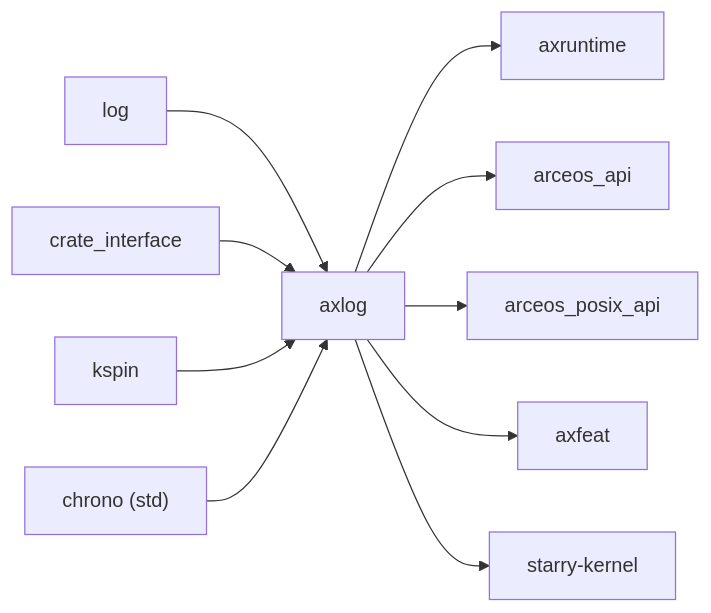
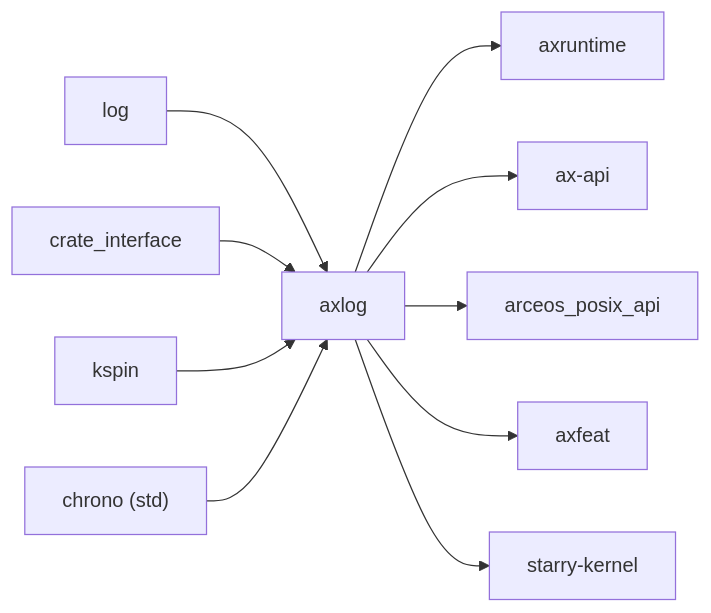
One commit to zKurisu/tgoskits changed the second of 2 diagrams in docs/crates/axlog.md. Above: the diagram before and after it, drawn with Mermaid. The commit also changed other lines of this file and 61 other files, not shown here.

Commit message:
rename arceos_api to ax-api

````diff
--- a/docs/crates/axlog.md
+++ b/docs/crates/axlog.md
@@ -78,13 +78,13 @@
 ```mermaid
 graph LR
     log["log"] --> axlog["axlog"]
     crate_interface["crate_interface"] --> axlog
     kspin["kspin"] --> axlog
     chrono["chrono (std)"] --> axlog
 
     axlog --> axruntime["axruntime"]
-    axlog --> arceos_api["arceos_api"]
+    axlog --> ax-api["ax-api"]
     axlog --> arceos_posix["arceos_posix_api"]
     axlog --> axfeat["axfeat"]
     axlog --> starry_kernel["starry-kernel"]
 ```
````
